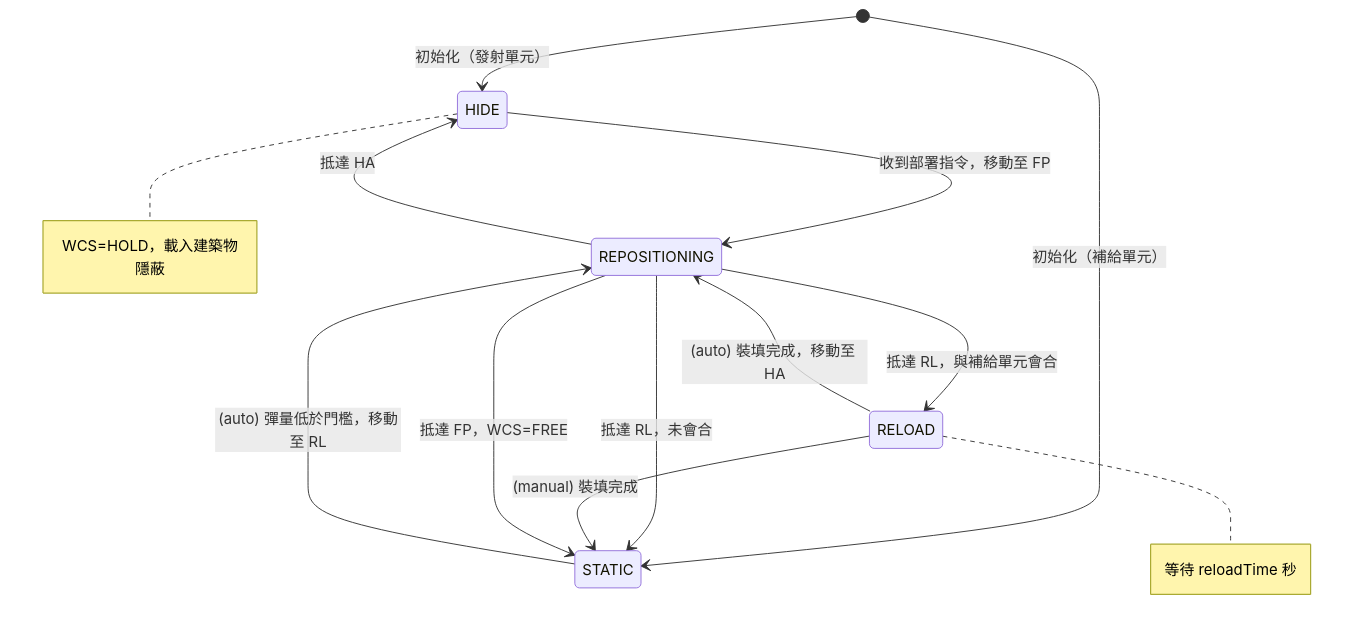
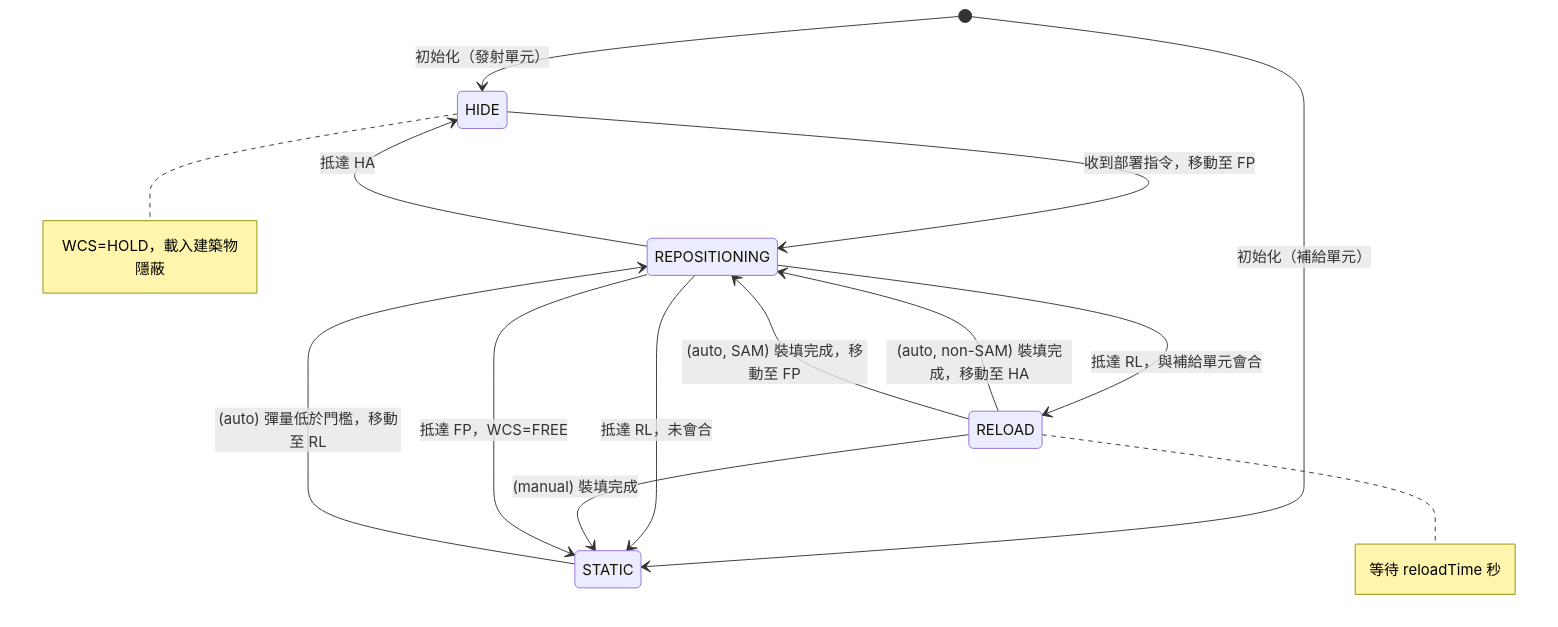
The first of 5 diagrams in docs/missileSystem.md (pullupjumper/formosa-in-flames), drawn with Mermaid before and after one commit. The commit also changed other lines of this file and 25 other files, not shown here.

````diff
--- a/docs/missileSystem.md
+++ b/docs/missileSystem.md
@@ -52,18 +52,19 @@
 ```mermaid
 stateDiagram-v2
     [*] --> HIDE: 初始化（發射單元）
     [*] --> STATIC: 初始化（補給單元）
 
     STATIC --> REPOSITIONING: (auto) 彈量低於門檻，移動至 RL
     REPOSITIONING --> RELOAD: 抵達 RL，與補給單元會合
     REPOSITIONING --> STATIC: 抵達 RL，未會合
-    RELOAD --> REPOSITIONING: (auto) 裝填完成，移動至 HA
+    RELOAD --> REPOSITIONING: (auto, non-SAM) 裝填完成，移動至 HA
+    RELOAD --> REPOSITIONING: (auto, SAM) 裝填完成，移動至 FP
     RELOAD --> STATIC: (manual) 裝填完成
     REPOSITIONING --> HIDE: 抵達 HA
 
     HIDE --> REPOSITIONING: 收到部署指令，移動至 FP
     REPOSITIONING --> STATIC: 抵達 FP，WCS=FREE
 
     note right of RELOAD: 等待 reloadTime 秒
     note right of HIDE: WCS=HOLD，載入建築物隱蔽
 ```
````
